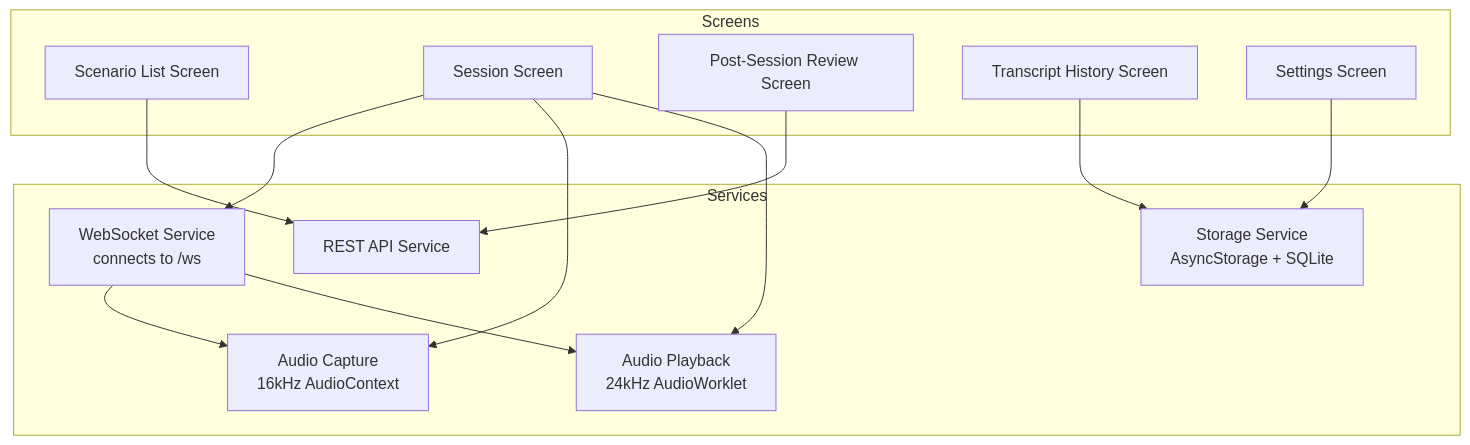
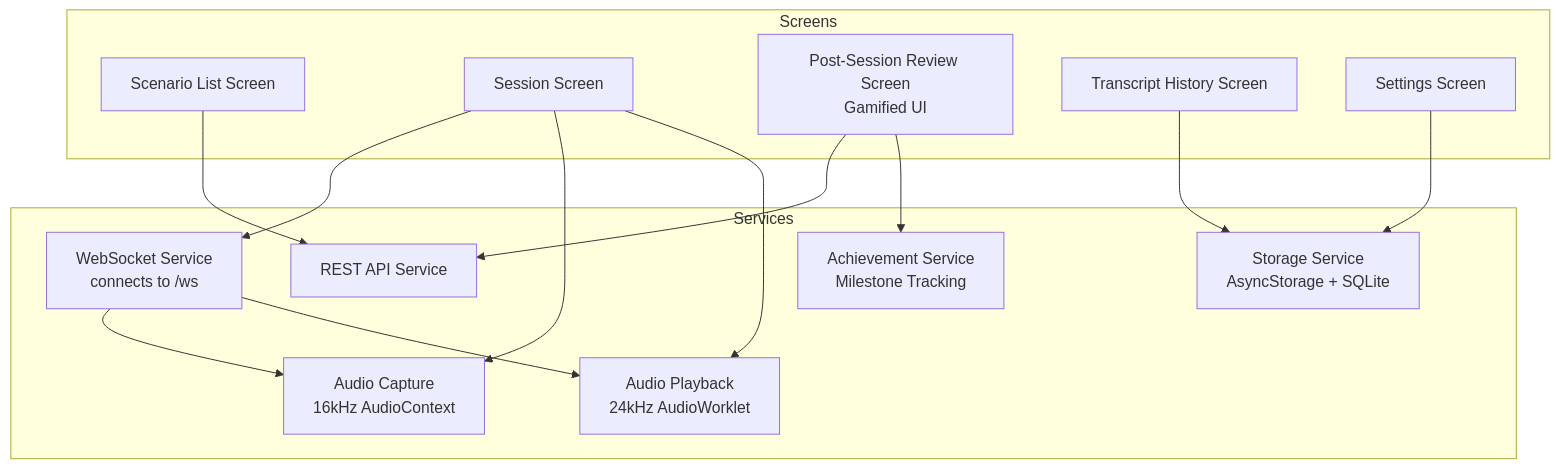
The sixth of 8 diagrams in .kiro/specs/voice-language-practice/design.md (anwell/langhack), drawn with Mermaid before and after one commit. The commit also changed other lines of this file and 54 other files, not shown here.

````diff
--- a/.kiro/specs/voice-language-practice/design.md
+++ b/.kiro/specs/voice-language-practice/design.md
@@ -393,28 +616,30 @@
 ```mermaid
 graph TB
     subgraph Screens
         ScenarioList[Scenario List Screen]
         Session[Session Screen]
-        PostSession[Post-Session Review Screen]
+        PostSession[Post-Session Review Screen<br/>Gamified UI]
         History[Transcript History Screen]
         Settings[Settings Screen]
     end
 
     subgraph Services
         WebSocketService[WebSocket Service<br/>connects to /ws]
         AudioCaptureService[Audio Capture<br/>16kHz AudioContext]
         AudioPlaybackService[Audio Playback<br/>24kHz AudioWorklet]
         StorageService[Storage Service<br/>AsyncStorage + SQLite]
         APIService[REST API Service]
+        AchievementService[Achievement Service<br/>Milestone Tracking]
     end
 
     ScenarioList --> APIService
     Session --> WebSocketService
     Session --> AudioCaptureService
     Session --> AudioPlaybackService
     PostSession --> APIService
+    PostSession --> AchievementService
     History --> StorageService
     Settings --> StorageService
     WebSocketService --> AudioCaptureService
     WebSocketService --> AudioPlaybackService
 ```
````
